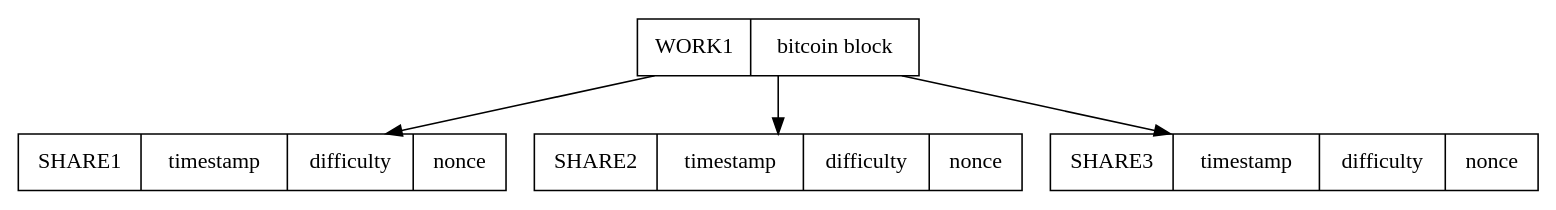
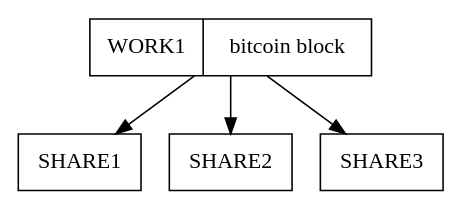
Before and after one commit to braidpool/braidpool: the diagram in proposal/figures/work-share.dot, drawn with Graphviz. The commit also changed 7 other files, not shown here.

```diff
--- a/proposal/figures/work-share.dot
+++ b/proposal/figures/work-share.dot
@@ -1,51 +1,51 @@
 digraph G {
     layout=dot
 
     "w1" [
          label = "<f0> WORK1 | bitcoin block"
          shape=record
          ]
 
     "s1" [
-          label = "<f0> SHARE1 | timestamp | difficulty | nonce"
+          label = "<f0> SHARE1"
           shape=record
           ]
 
     "s2" [
-          label = "<f0> SHARE2 | timestamp | difficulty | nonce"
+          label = "<f0> SHARE2"
           shape=record
           ]
 
     "s3" [
-          label = "<f0> SHARE3 | timestamp | difficulty | nonce"
+          label = "<f0> SHARE3"
           shape=record
           ]
 
     "w1" -> "s1"
     "w1" -> "s2"
     "w1" -> "s3"
 
     // "w2" [
     //      label = "<f0> WORK2 | bitcoin block 2"
     //      shape=record
     //      ]
 
     // "s21" [
     //       label = "<f0> SHARE1 | timestamp | difficulty"
     //       shape=record
     //       ]
 
     // "s22" [
     //       label = "<f0> SHARE2 | timestamp | difficulty"
     //       shape=record
     //       ]
 
     // "s23" [
     //       label = "<f0> SHARE3 | timestamp | difficulty"
     //       shape=record
     //       ]
 
     // "w2":f0 -> "s21":f0
     // "w2":f0 -> "s22":f0
     // "w2":f0 -> "s23":f0
 }
```
